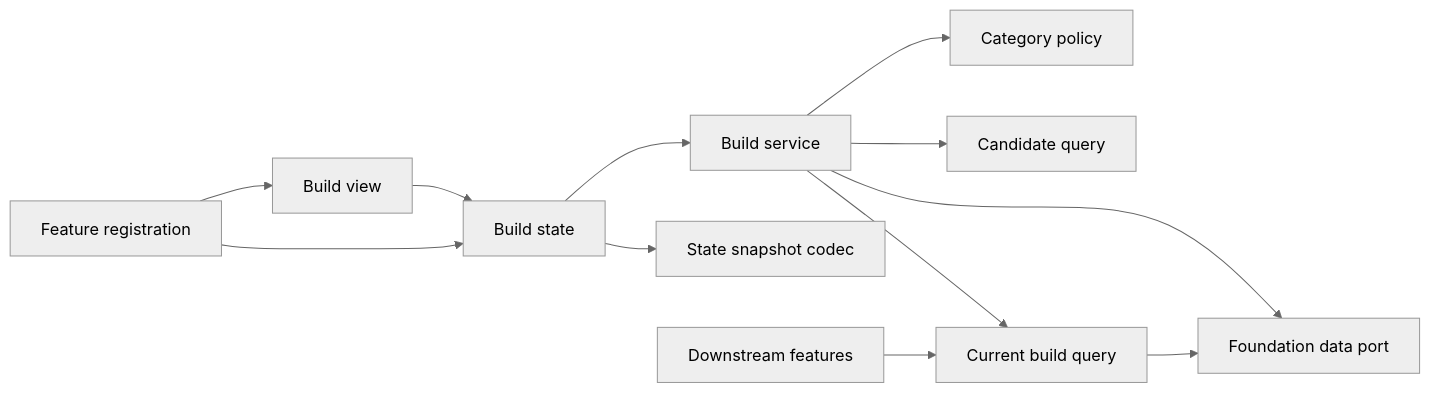
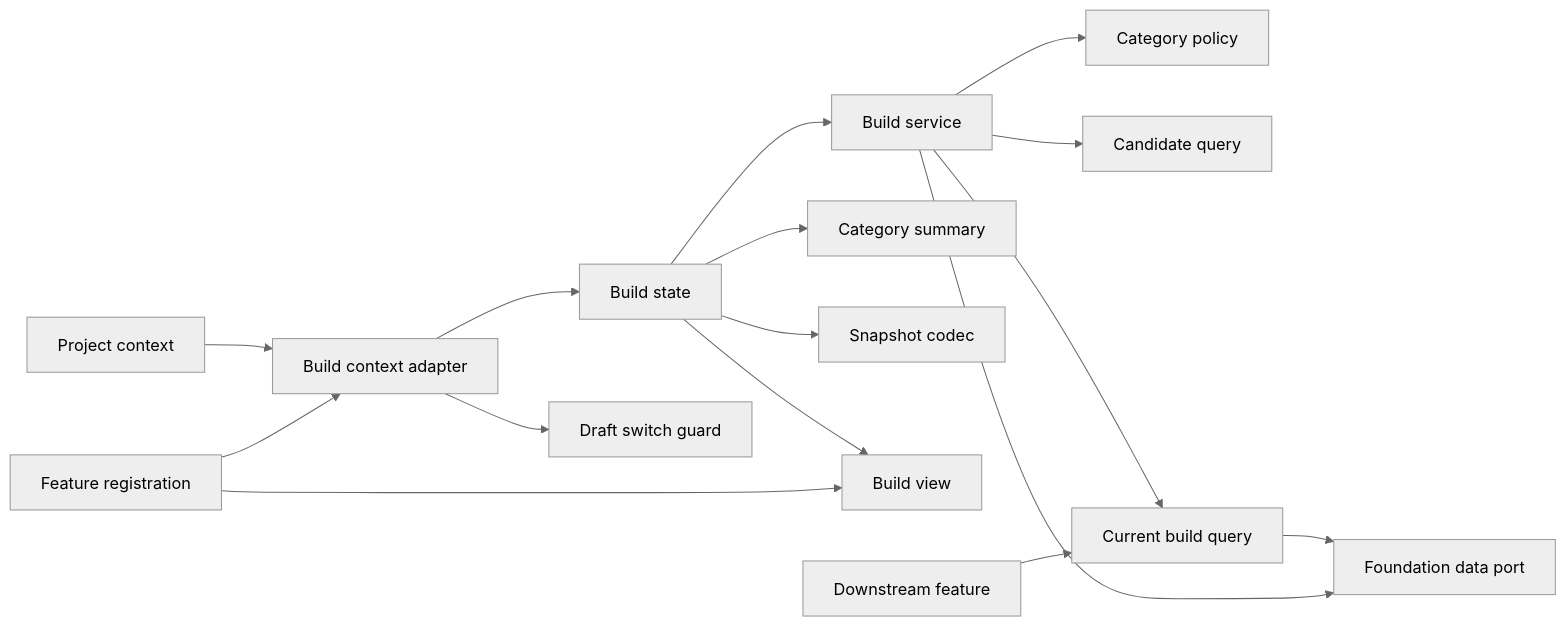
Before and after one commit to Huruikagi/pc-build-planner: the first of 3 diagrams in .kiro/specs/current-build-management/design.md, drawn with Mermaid (neutral theme). The commit also changed other lines of this file and 4 other files, not shown here.

Commit message:
docs: update current build management spec

````diff
--- a/.kiro/specs/current-build-management/design.md
+++ b/.kiro/specs/current-build-management/design.md
@@ -57,14 +67,18 @@
 ```mermaid
 graph LR
-    UI[Build view] --> State[Build state]
+    Context[Project context] --> Adapter[Build context adapter]
+    Adapter --> State[Build state]
+    Adapter --> Guard[Draft switch guard]
     State --> Service[Build service]
-    State --> Snapshot[State snapshot codec]
+    State --> Summary[Category summary]
+    State --> Snapshot[Snapshot codec]
     Service --> Policy[Category policy]
     Service --> Candidates[Candidate query]
-    Service --> BuildQuery[Current build query]
-    Service --> Data[Foundation data port]
-    BuildQuery --> Data
-    Registration[Feature registration] --> State
-    Registration --> UI
-    Downstream[Downstream features] --> BuildQuery
+    Service --> Query[Current build query]
+    Query --> Data[Foundation data port]
+    Service --> Data
+    State --> View[Build view]
+    Registration[Feature registration] --> Adapter
+    Registration --> View
+    Downstream[Downstream feature] --> Query
 ```
````
